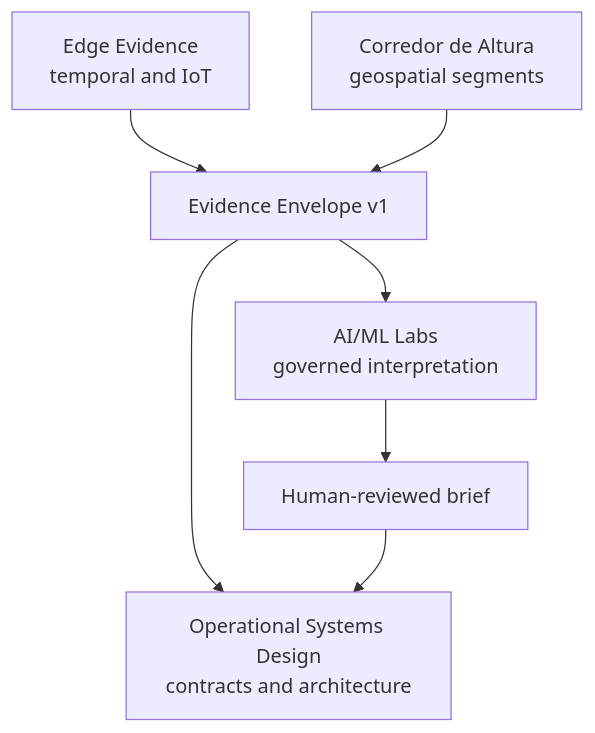
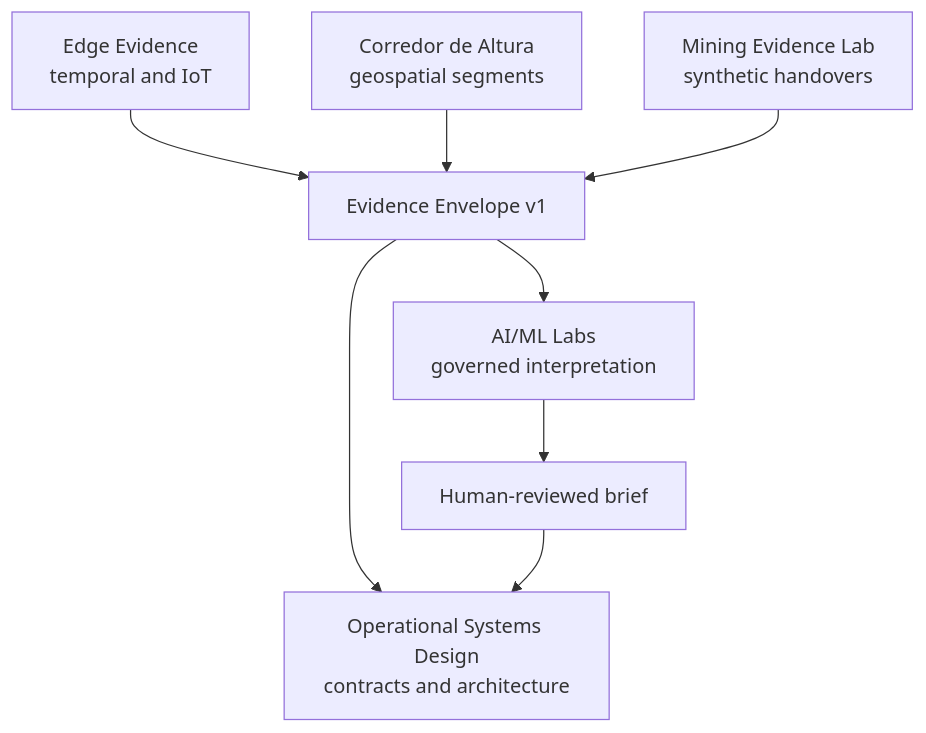
The diagram in architecture/system-of-systems-v1.md (MartinnCG/operational-systems-design), drawn with Mermaid before and after one commit. The commit also changed other lines of this file, not shown here.

Commit message:
docs: add mining domain translation layer

````diff
--- a/architecture/system-of-systems-v1.md
+++ b/architecture/system-of-systems-v1.md
@@ -10,9 +10,10 @@
 ```mermaid
 flowchart TD
     E["Edge Evidence<br/>temporal and IoT"] --> C["Evidence Envelope v1"]
     G["Corredor de Altura<br/>geospatial segments"] --> C
+    M["Mining Evidence Lab<br/>synthetic handovers"] --> C
     C --> A["AI/ML Labs<br/>governed interpretation"]
     A --> H["Human-reviewed brief"]
     C --> O["Operational Systems Design<br/>contracts and architecture"]
     H --> O
 ```
````
